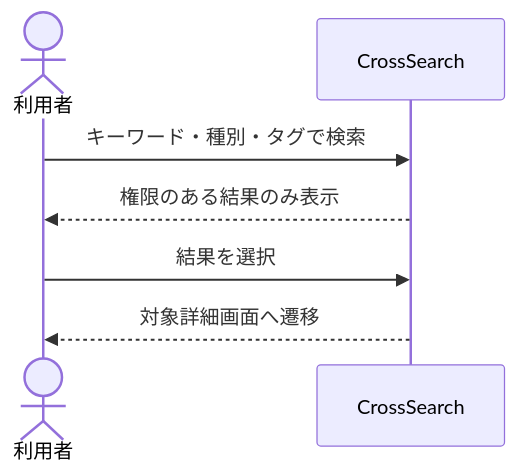
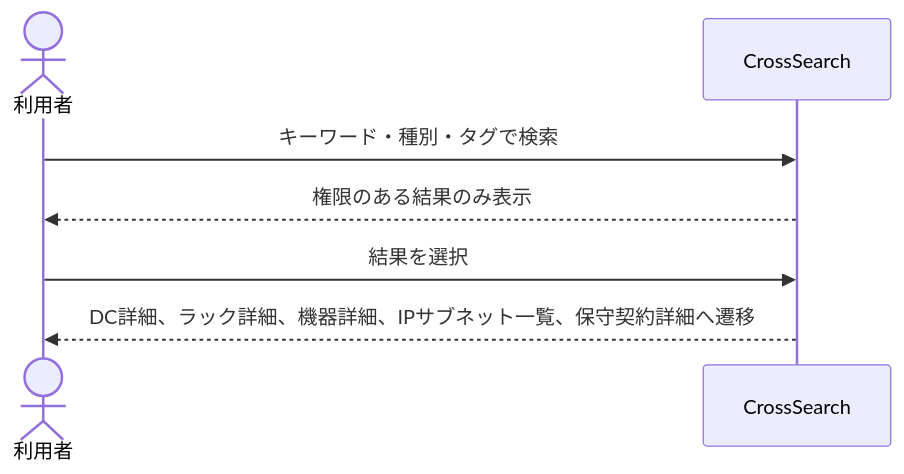
One commit to D03456/dcim changed the seventh of 9 diagrams in docs/03_basic_design/02_screen_transition.md. Above: the diagram before and after it, drawn with Mermaid. The commit also changed other lines of this file and 9 other files, not shown here.

````diff
--- a/docs/03_basic_design/02_screen_transition.md
+++ b/docs/03_basic_design/02_screen_transition.md
@@ -186,8 +188,8 @@
 ```mermaid
 sequenceDiagram
     actor User as 利用者
     User->>CrossSearch: キーワード・種別・タグで検索
     CrossSearch-->>User: 権限のある結果のみ表示
     User->>CrossSearch: 結果を選択
-    CrossSearch-->>User: 対象詳細画面へ遷移
+    CrossSearch-->>User: DC詳細、ラック詳細、機器詳細、IPサブネット一覧、保守契約詳細へ遷移
 ```
````
